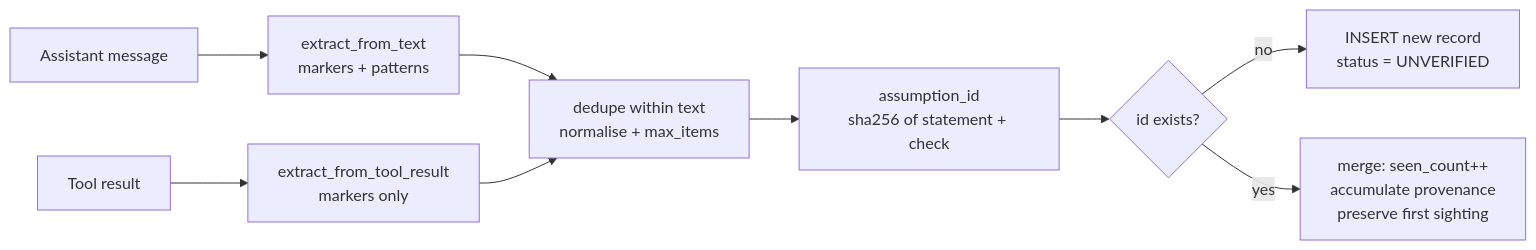
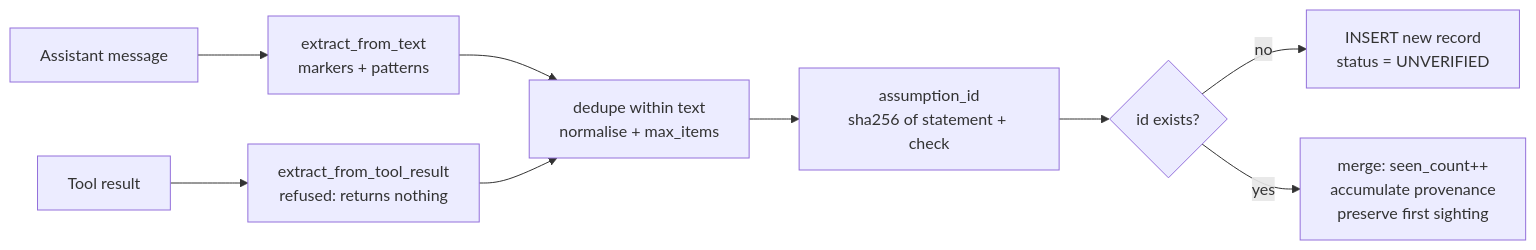
One commit to itzebe/hermes-assumption-ledger changed the second of 5 diagrams in docs/ARCHITECTURE.md. Above: the diagram before and after it, drawn with Mermaid. The commit also changed other lines of this file and 32 other files, not shown here.

````diff
--- a/docs/ARCHITECTURE.md
+++ b/docs/ARCHITECTURE.md
@@ -242,11 +243,11 @@
 ```mermaid
 flowchart LR
     A[Assistant message] --> B[extract_from_text<br/>markers + patterns]
-    C[Tool result] --> D[extract_from_tool_result<br/>markers only]
+    C[Tool result] --> D[extract_from_tool_result<br/>refused: returns nothing]
     B --> E[dedupe within text<br/>normalise + max_items]
     D --> E
     E --> F[assumption_id<br/>sha256 of statement + check]
     F --> G{id exists?}
     G -->|no| H[INSERT new record<br/>status = UNVERIFIED]
     G -->|yes| I[merge: seen_count++<br/>accumulate provenance<br/>preserve first sighting]
 ```
````
